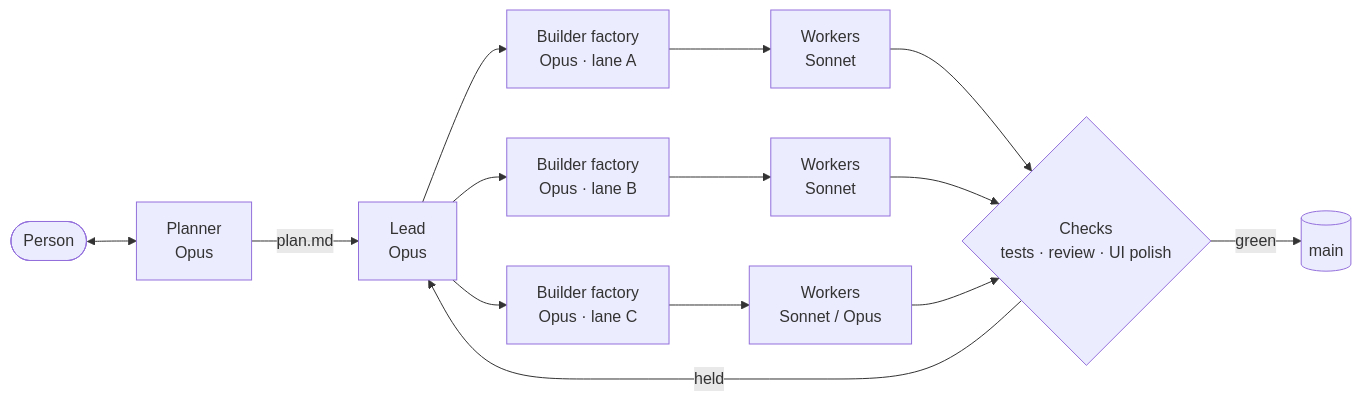
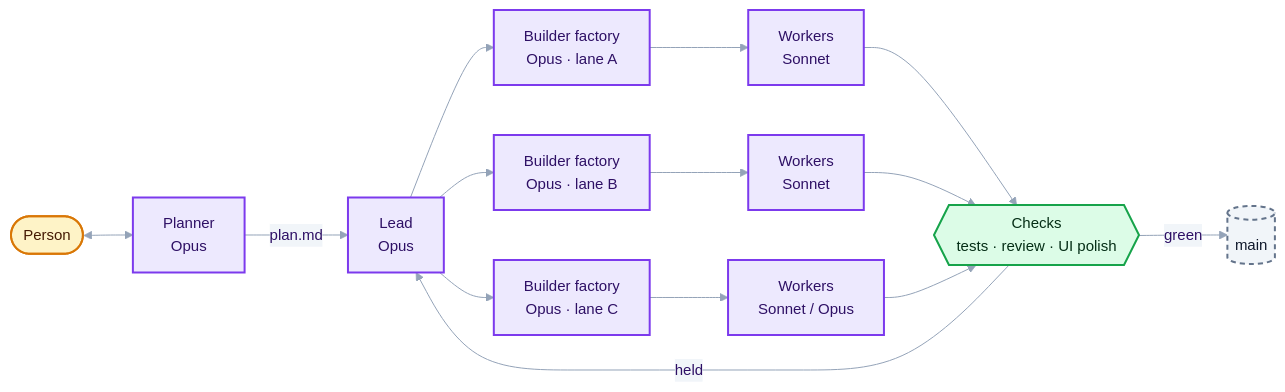
The diagram in README.md (esharif20/herdr-software-factory), drawn with Mermaid before and after one commit. The commit also changed 5 other files, not shown here.

Commit message:
Restyle every diagram: one theme, AI / code / check colours

````diff
--- a/README.md
+++ b/README.md
@@ -7,14 +7,23 @@
 ```mermaid
+%%{init: {'theme':'base','themeVariables':{'fontFamily':'-apple-system, Segoe UI, Helvetica, sans-serif','fontSize':'15px','lineColor':'#94A3B8','primaryColor':'#EDE9FE','primaryBorderColor':'#7C3AED','primaryTextColor':'#2E1065','secondaryColor':'#F1F5F9','tertiaryColor':'#DCFCE7','clusterBkg':'#FAFAFA','clusterBorder':'#CBD5E1','noteBkgColor':'#FEF3C7','noteBorderColor':'#D97706','actorBkg':'#EDE9FE','actorBorder':'#7C3AED','git0':'#7C3AED','git1':'#0EA5E9','git2':'#16A34A','git3':'#D97706'}}}%%
 flowchart LR
     P([Person]) <--> PL[Planner<br/>Opus]
     PL -- plan.md --> L[Lead<br/>Opus]
     L --> F1[Builder factory<br/>Opus · lane A]
     L --> F2[Builder factory<br/>Opus · lane B]
     L --> F3[Builder factory<br/>Opus · lane C]
     F1 --> W1[Workers<br/>Sonnet]
     F2 --> W2[Workers<br/>Sonnet]
     F3 --> W3[Workers<br/>Sonnet / Opus]
-    W1 & W2 & W3 --> Q{Checks<br/>tests · review · UI polish}
+    W1 & W2 & W3 --> Q{{Checks<br/>tests · review · UI polish}}
     Q -- held --> L
     Q -- green --> M[(main)]
+    class P person
+    class PL,L,F1,F2,F3,W1,W2,W3 ai
+    class Q check
+    class M code
+    classDef ai fill:#EDE9FE,stroke:#7C3AED,color:#2E1065,stroke-width:2px
+    classDef code fill:#F1F5F9,stroke:#64748B,color:#0F172A,stroke-width:2px,stroke-dasharray:5 4
+    classDef check fill:#DCFCE7,stroke:#16A34A,color:#052E16,stroke-width:2px
+    classDef person fill:#FEF3C7,stroke:#D97706,color:#451A03,stroke-width:2px
 ```
````
